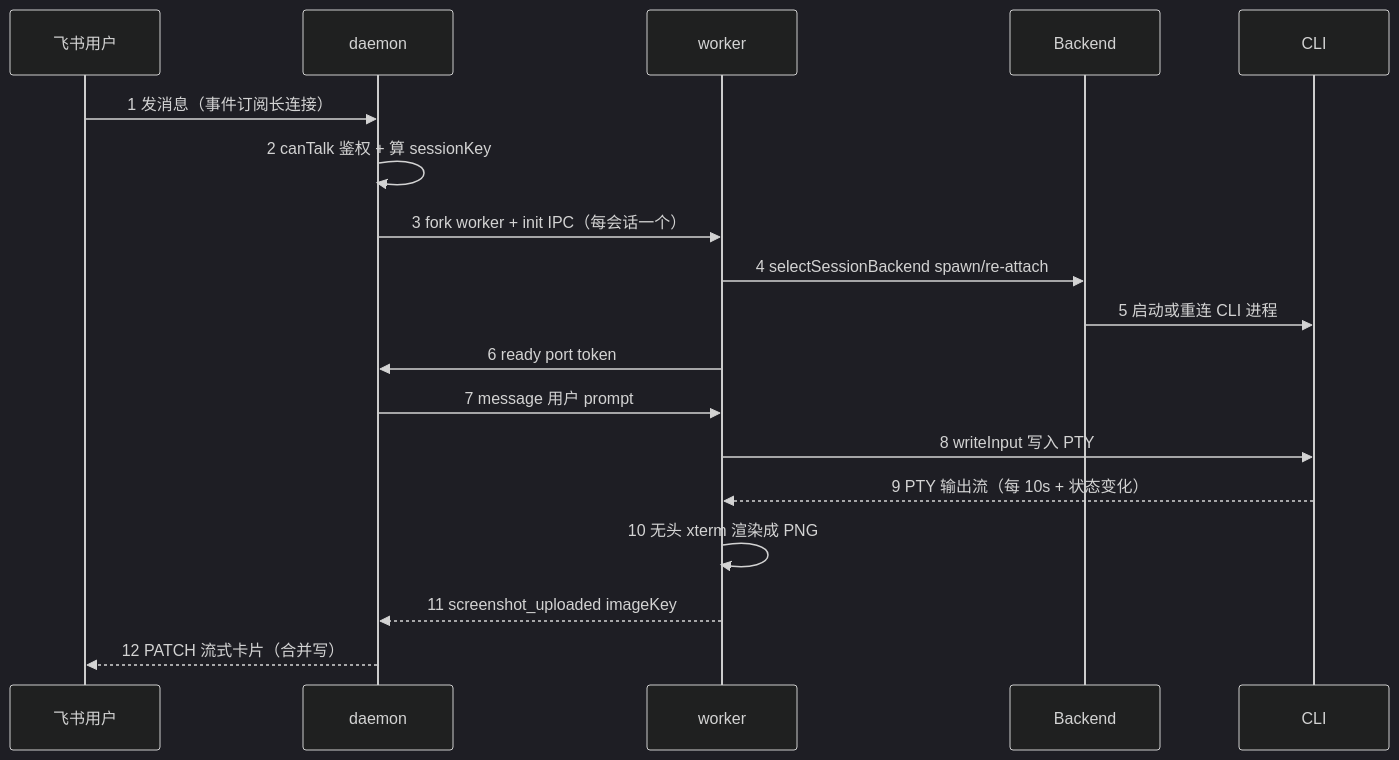
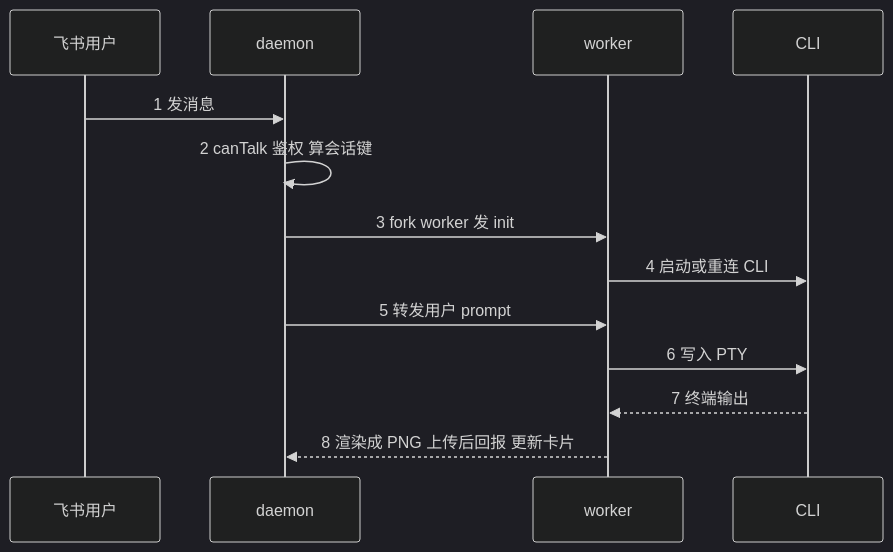
Before and after one commit to diguike/book-source-reading: the second of 8 diagrams in book/05-botmux.md, drawn with Mermaid (dark theme). The commit also changed other lines of this file and 14 other files, not shown here.

````diff
--- a/book/05-botmux.md
+++ b/book/05-botmux.md
@@ -108,20 +92,15 @@
 ```mermaid
 sequenceDiagram
     participant U as 飞书用户
     participant D as daemon
     participant W as worker
-    participant B as Backend
     participant C as CLI
-    U->>D: 1 发消息（事件订阅长连接）
-    D->>D: 2 canTalk 鉴权 + 算 sessionKey
-    D->>W: 3 fork worker + init IPC（每会话一个）
-    W->>B: 4 selectSessionBackend spawn/re-attach
-    B->>C: 5 启动或重连 CLI 进程
-    W->>D: 6 ready port token
-    D->>W: 7 message 用户 prompt
-    W->>C: 8 writeInput 写入 PTY
-    C-->>W: 9 PTY 输出流（每 10s + 状态变化）
-    W->>W: 10 无头 xterm 渲染成 PNG
-    W-->>D: 11 screenshot_uploaded imageKey
-    D-->>U: 12 PATCH 流式卡片（合并写）
+    U->>D: 1 发消息
+    D->>D: 2 canTalk 鉴权 算会话键
+    D->>W: 3 fork worker 发 init
+    W->>C: 4 启动或重连 CLI
+    D->>W: 5 转发用户 prompt
+    W->>C: 6 写入 PTY
+    C-->>W: 7 终端输出
+    W-->>D: 8 渲染成 PNG 上传后回报 更新卡片
 ```
````
